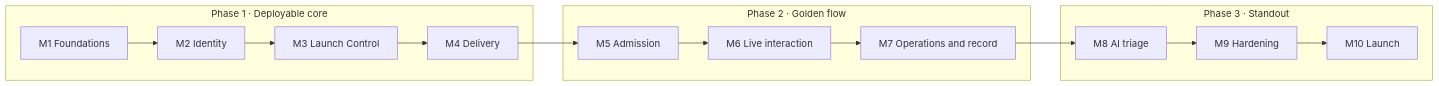
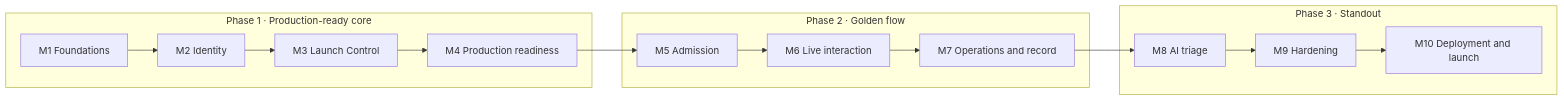
The diagram in docs/07-delivery-plan.md (zhanru-dev/GoLiveBoard), drawn with Mermaid before and after one commit. The commit also changed other lines of this file and 1 other file, not shown here.

````diff
--- a/docs/07-delivery-plan.md
+++ b/docs/07-delivery-plan.md
@@ -9,14 +9,14 @@
 ```mermaid
 flowchart LR
-  subgraph p1["Phase 1 · Deployable core"]
-    m1["M1 Foundations"] --> m2["M2 Identity"] --> m3["M3 Launch Control"] --> m4["M4 Delivery"]
+  subgraph p1["Phase 1 · Production-ready core"]
+    m1["M1 Foundations"] --> m2["M2 Identity"] --> m3["M3 Launch Control"] --> m4["M4 Production readiness"]
   end
   subgraph p2["Phase 2 · Golden flow"]
     m5["M5 Admission"] --> m6["M6 Live interaction"] --> m7["M7 Operations and record"]
   end
   subgraph p3["Phase 3 · Standout"]
-    m8["M8 AI triage"] --> m9["M9 Hardening"] --> m10["M10 Launch"]
+    m8["M8 AI triage"] --> m9["M9 Hardening"] --> m10["M10 Deployment and launch"]
   end
   m4 --> m5
   m7 --> m8
 ```
````
